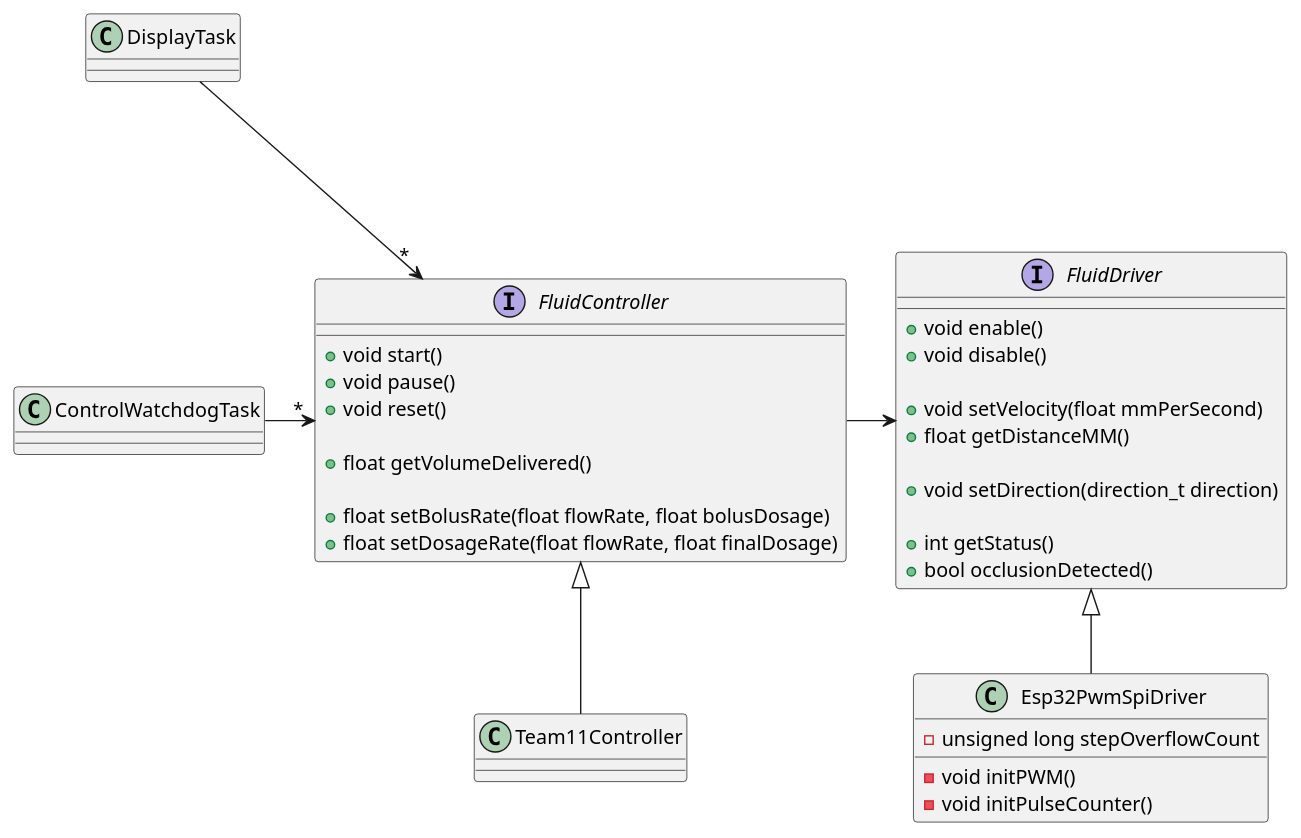
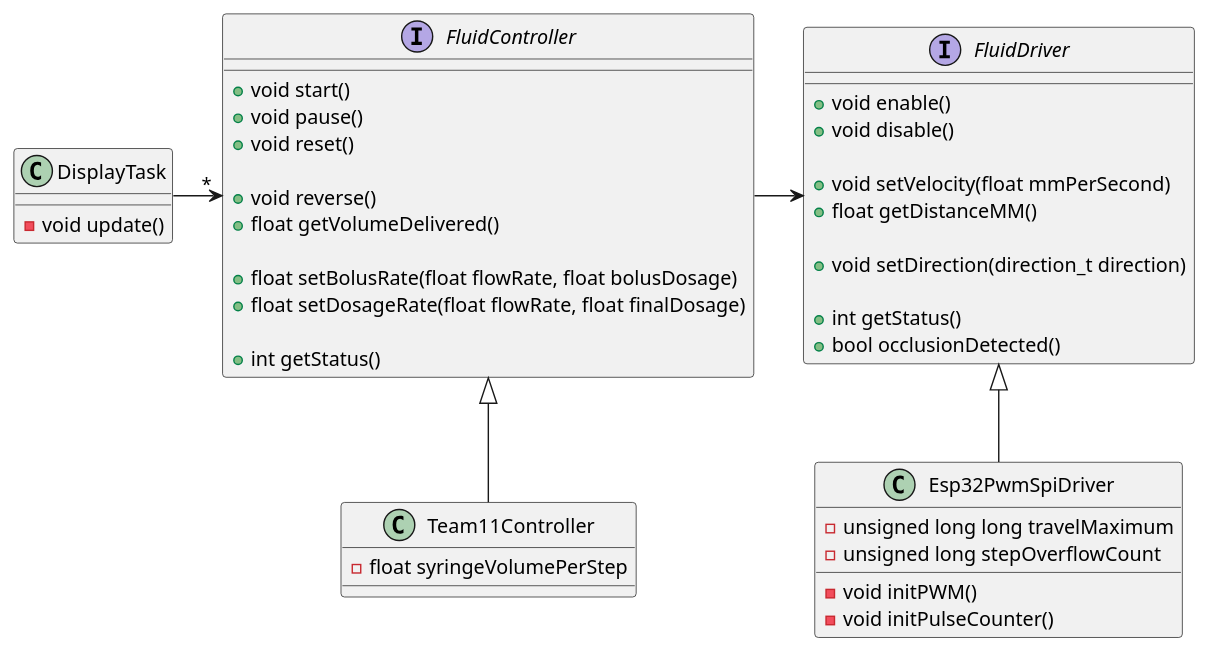
Before and after one commit to rhit-haoy2/OSMI-Software: the diagram in OSMI.puml, drawn with PlantUML. The commit also changed 6 other files, not shown here.

```diff
--- a/OSMI.puml
+++ b/OSMI.puml
@@ -1,52 +1,56 @@
 @startuml OSMI Design
-together {
-class DisplayTask {}
-class ControlWatchdogTask {}
+class DisplayTask {
+  - void update()
 }
+' class ControlWatchdogTask {}
+interface FluidController {
+  +  void start()
+  +  void pause()
+  +  void reset()
 
-interface FluidController {
-+  void start()
-+  void pause()
-+  void reset()
+  +  void reverse()
+  +  float getVolumeDelivered()
 
-+  float getVolumeDelivered()
+  +  float setBolusRate(float flowRate, float bolusDosage)
+  +  float setDosageRate(float flowRate, float finalDosage)
 
-+  float setBolusRate(float flowRate, float bolusDosage)
-+  float setDosageRate(float flowRate, float finalDosage)
+  + int getStatus()
 
 
 }
 
 interface FluidDriver {
   +void enable()
   +void disable()
 
   +void setVelocity(float mmPerSecond)
   +float getDistanceMM()
 
   +void setDirection(direction_t direction)
 
   +int getStatus()
   +bool occlusionDetected()
 
 }
 
-
 FluidController -> FluidDriver
 
-class Team11Controller {}
-class Esp32PwmSpiDriver {
-- unsigned long stepOverflowCount
-- void initPWM()
-- void initPulseCounter()
-
+class Team11Controller {
+  - float syringeVolumePerStep
 }
 
-DisplayTask -[hidden]--> ControlWatchdogTask
+class Esp32PwmSpiDriver {
+  - unsigned long long travelMaximum
+  - unsigned long stepOverflowCount
+  - void initPWM()
+  - void initPulseCounter()
+}
+
+' DisplayTask -[hidden]--> ControlWatchdogTask
 
 Team11Controller -UP-|> FluidController
 Esp32PwmSpiDriver -UP-|> FluidDriver
 
-ControlWatchdogTask -> "*" FluidController
-DisplayTask -> "*" FluidController
+' ControlWatchdogTask -> "*" FluidController
+DisplayTask -RIGHT-> "*" FluidController
 @enduml
```
